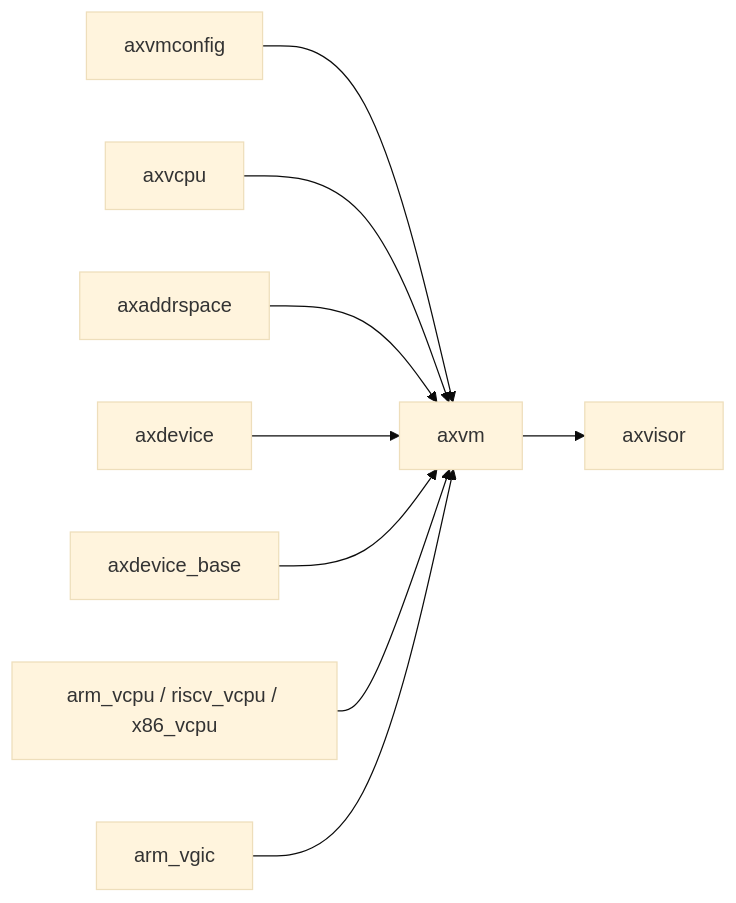
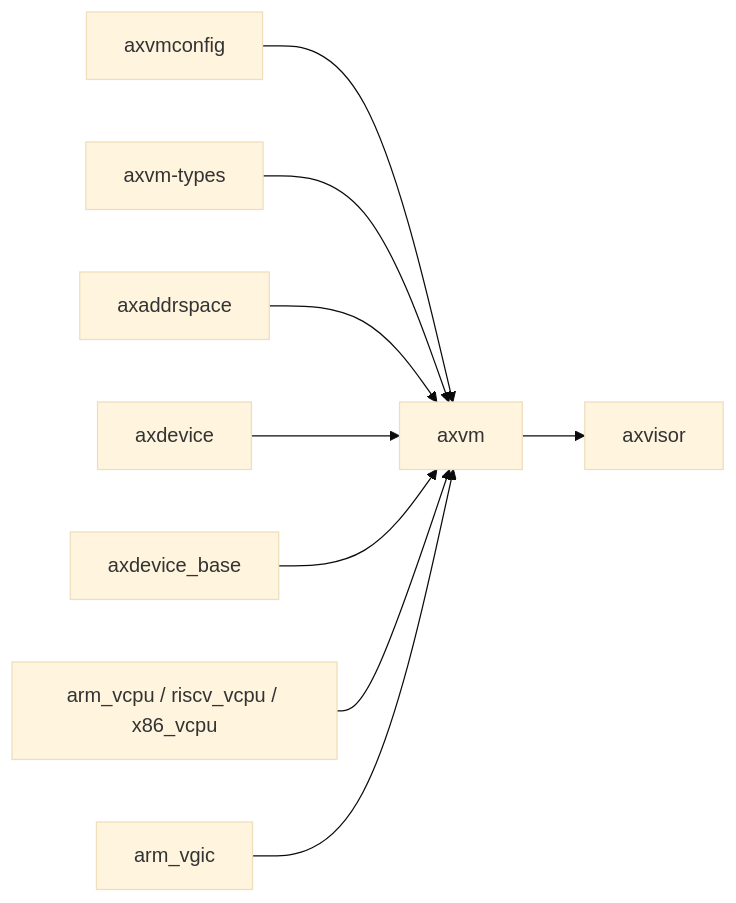
The second of 2 diagrams in docs/docs/components/crates/axvm.md (rcore-os/tgoskits), drawn with Mermaid (base theme) before and after one commit. The commit also changed other lines of this file and 79 other files, not shown here.

````diff
--- a/docs/docs/components/crates/axvm.md
+++ b/docs/docs/components/crates/axvm.md
@@ -117,12 +117,12 @@
 ```mermaid
 graph LR
     axvmconfig["axvmconfig"] --> axvm["axvm"]
-    axvcpu["axvcpu"] --> axvm
+    axvm_types["axvm-types"] --> axvm
     axaddrspace["axaddrspace"] --> axvm
     axdevice["axdevice"] --> axvm
     axdevice_base["axdevice_base"] --> axvm
     arm_vcpu["arm_vcpu / riscv_vcpu / x86_vcpu"] --> axvm
     arm_vgic["arm_vgic"] --> axvm
 
     axvm --> axvisor["axvisor"]
 ```
````
